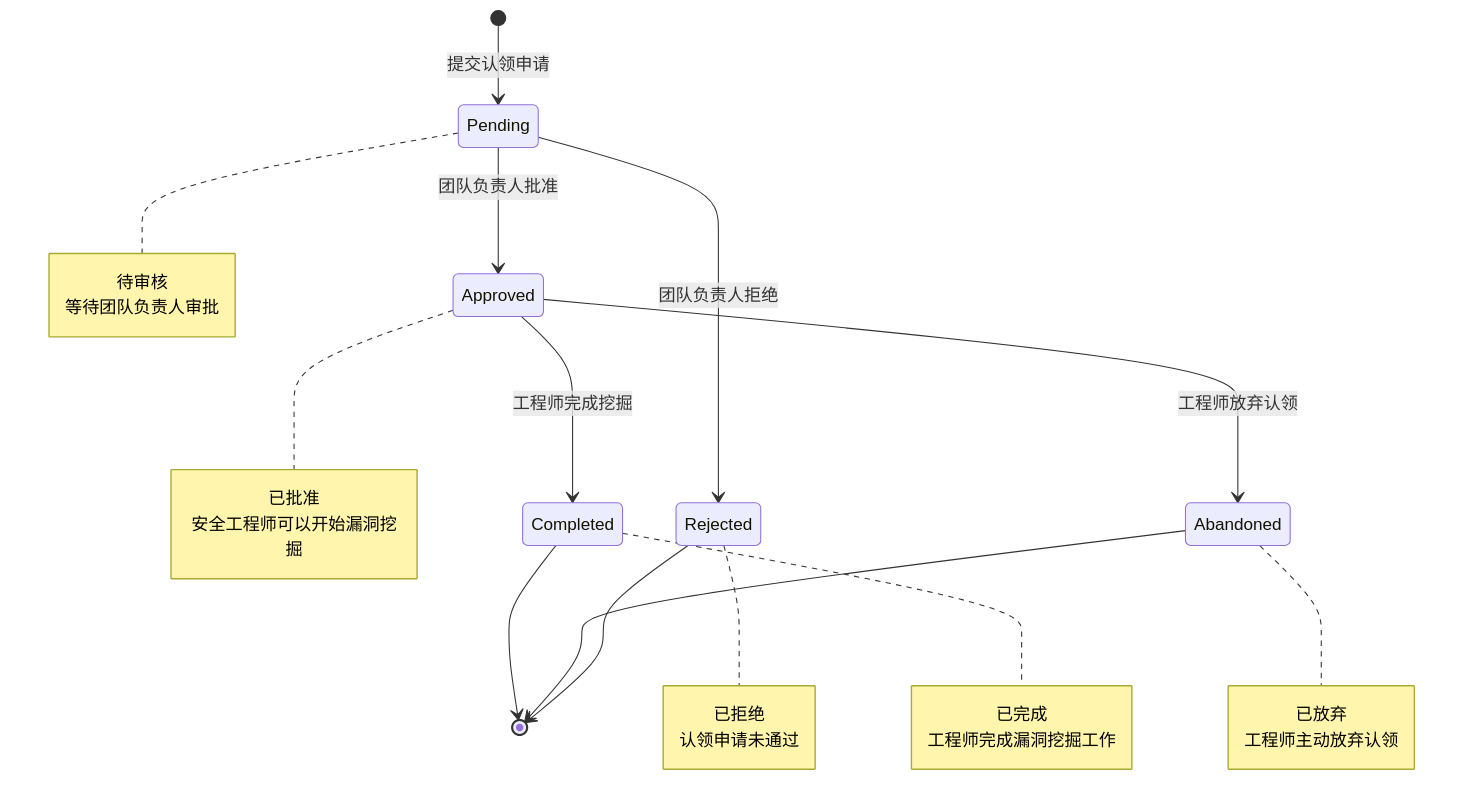
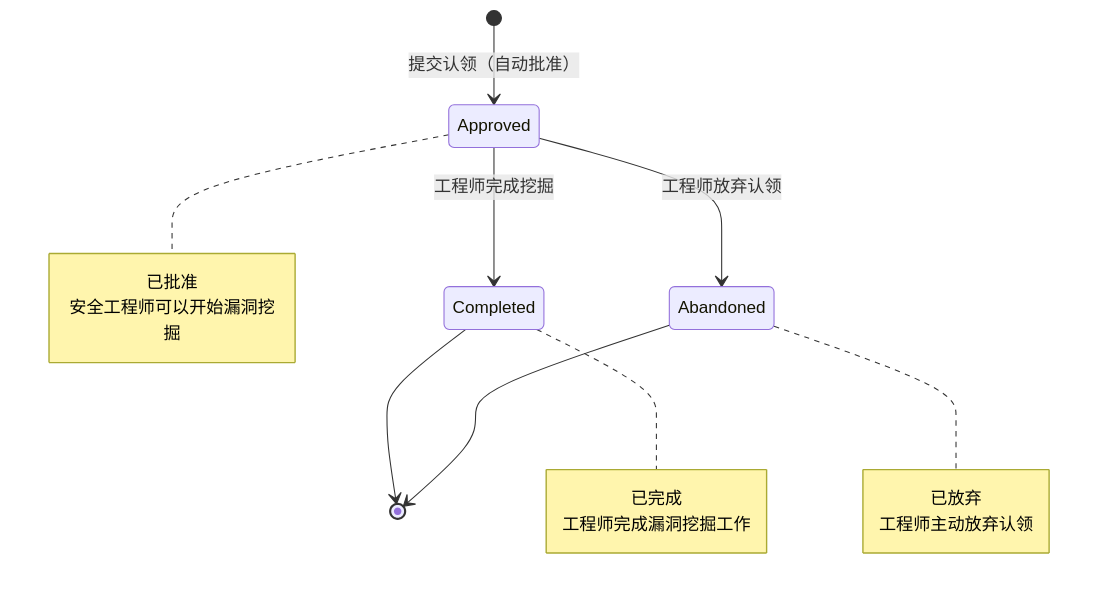
The ninth of 11 diagrams in docs/design/state_diagram.md (dayutech/Vuln-Audit-Lifecycle-Management), drawn with Mermaid before and after one commit. The commit also changed other lines of this file and 7 other files, not shown here.

````diff
--- a/docs/design/state_diagram.md
+++ b/docs/design/state_diagram.md
@@ -315,36 +317,23 @@
 ```mermaid
 stateDiagram-v2
-    [*] --> Pending: 提交认领申请
-    Pending --> Approved: 团队负责人批准
-    Pending --> Rejected: 团队负责人拒绝
+    [*] --> Approved: 提交认领（自动批准）
     Approved --> Completed: 工程师完成挖掘
     Approved --> Abandoned: 工程师放弃认领
     Completed --> [*]
     Abandoned --> [*]
-    Rejected --> [*]
-    
-    note right of Pending
-        待审核
-        等待团队负责人审批
-    end note
     
     note right of Approved
         已批准
         安全工程师可以开始漏洞挖掘
-    end note
-    
-    note right of Rejected
-        已拒绝
-        认领申请未通过
     end note
     
     note right of Completed
         已完成
         工程师完成漏洞挖掘工作
     end note
     
     note right of Abandoned
         已放弃
         工程师主动放弃认领
     end note
 ```
````
